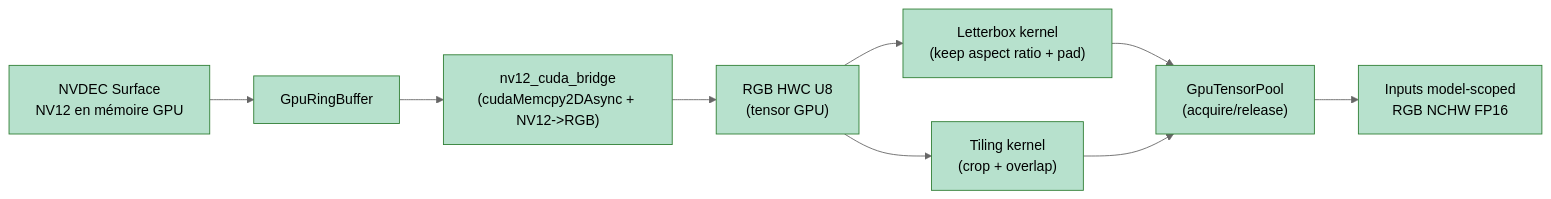
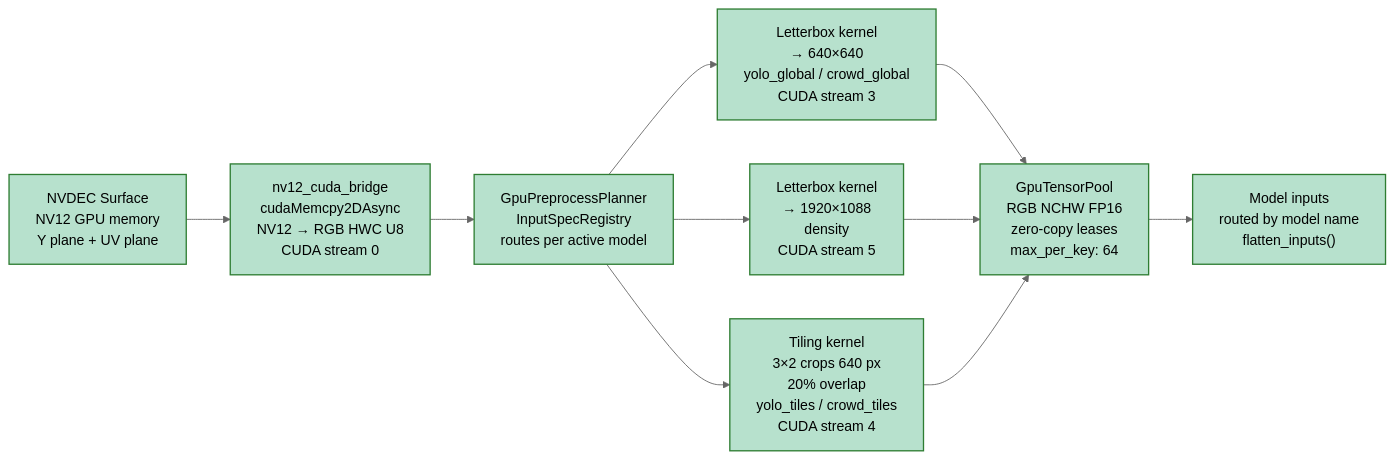
Before and after one commit to Nutz95/PeopleCounter: the fourth of 5 diagrams in app_v2/docs/README_ARCHI.md, drawn with Mermaid (neutral theme). The commit also changed other lines of this file and 10 other files, not shown here.

````diff
--- a/app_v2/docs/README_ARCHI.md
+++ b/app_v2/docs/README_ARCHI.md
@@ -30,15 +146,22 @@
 ```mermaid
 flowchart LR
-    Surface["NVDEC Surface<br/>NV12 en mémoire GPU"]:::done --> Ring["GpuRingBuffer"]:::done
-    Ring --> Bridge["nv12_cuda_bridge<br/>(cudaMemcpy2DAsync + NV12->RGB)"]:::done
-    Bridge --> SourceTensor["RGB HWC U8<br/>(tensor GPU)"]:::done
-    SourceTensor --> Letterbox["Letterbox kernel<br/>(keep aspect ratio + pad)"]:::done
-    SourceTensor --> Tiling["Tiling kernel<br/>(crop + overlap)"]:::done
-    Letterbox --> Pool["GpuTensorPool<br/>(acquire/release)"]:::done
-    Tiling --> Pool
-    Pool --> ModelInputs["Inputs model-scoped<br/>RGB NCHW FP16"]:::done
+    surface["NVDEC Surface<br/>NV12 GPU memory<br/>Y plane + UV plane"]:::gpu
+    bridge["nv12_cuda_bridge<br/>cudaMemcpy2DAsync<br/>NV12 → RGB HWC U8<br/>CUDA stream 0"]:::gpu
+    planner["GpuPreprocessPlanner<br/>InputSpecRegistry<br/>routes per active model"]:::gpu
 
-    classDef done fill:#b7e1cd,color:#000,stroke:#2e7d32,stroke-width:1px;
-    classDef partial fill:#ffd9b3,color:#000,stroke:#ef6c00,stroke-width:1px;
-    classDef todo fill:#f4b6b6,color:#000,stroke:#c62828,stroke-width:1px;
+    lb_yolo["Letterbox kernel<br/>→ 640×640<br/>yolo_global / crowd_global<br/>CUDA stream 3"]:::gpu
+    lb_density["Letterbox kernel<br/>→ 1920×1088<br/>density<br/>CUDA stream 5"]:::gpu
+    tiling["Tiling kernel<br/>3×2 crops 640 px<br/>20% overlap<br/>yolo_tiles / crowd_tiles<br/>CUDA stream 4"]:::gpu
+
+    pool["GpuTensorPool<br/>RGB NCHW FP16<br/>zero-copy leases<br/>max_per_key: 64"]:::gpu
+    out["Model inputs<br/>routed by model name<br/>flatten_inputs()"]:::gpu
+
+    surface --> bridge --> planner
+    planner --> lb_yolo --> pool
+    planner --> lb_density --> pool
+    planner --> tiling --> pool
+    pool --> out
+
+    classDef gpu fill:#b7e1cd,color:#000,stroke:#2e7d32,stroke-width:1.5px;
+    classDef cpu fill:#b3d9f7,color:#000,stroke:#1565c0,stroke-width:1.5px;
 ```
````
